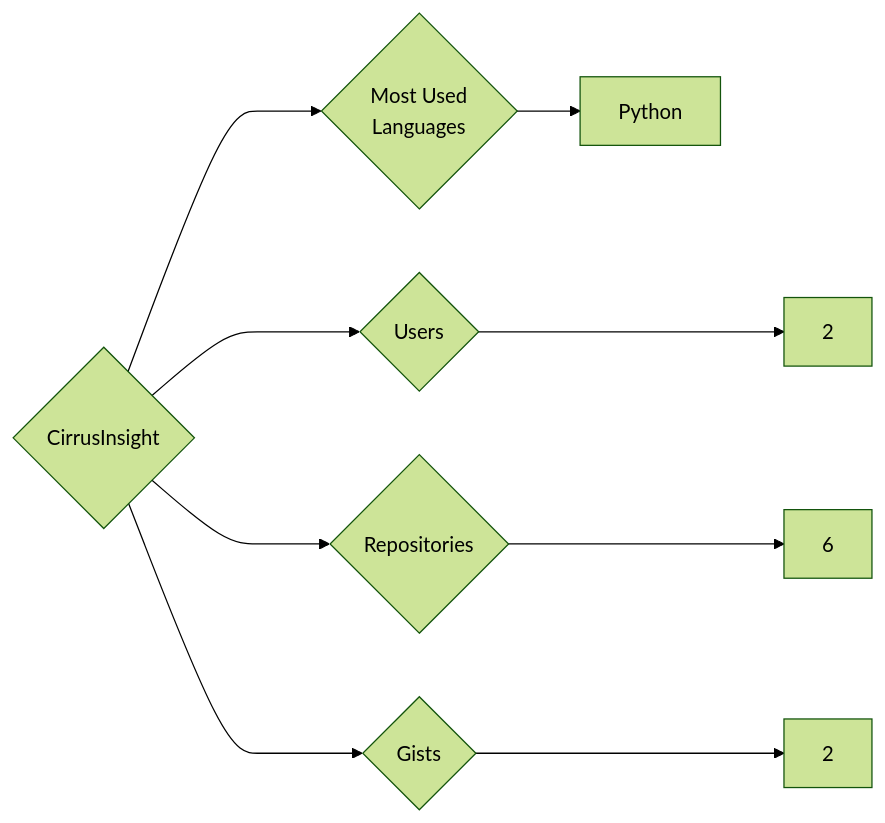
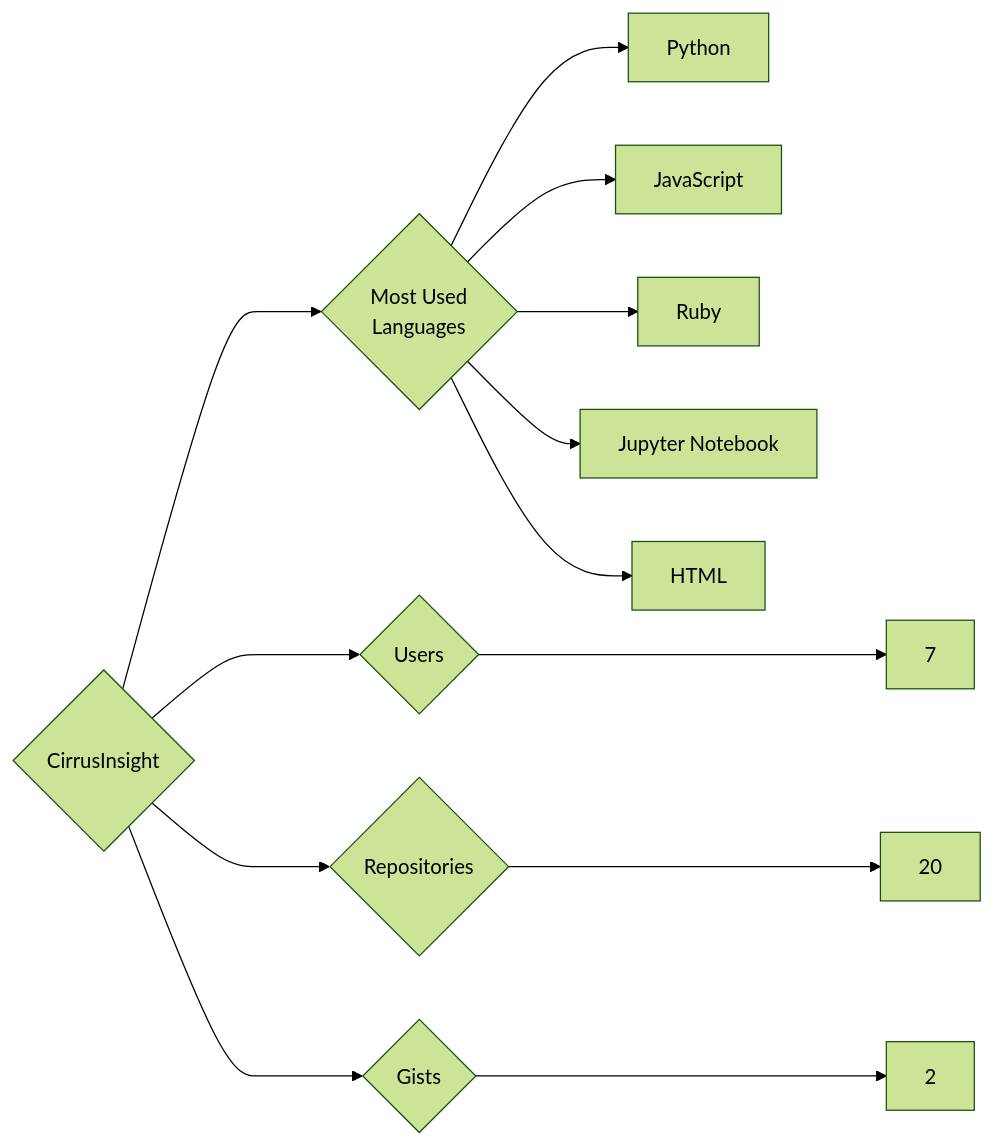
Before and after one commit to trickest/insiders: the diagram in targets/CirrusInsight/README.md, drawn with Mermaid (forest theme). The commit also changed 1092 other files, not shown here.

````diff
--- a/targets/CirrusInsight/README.md
+++ b/targets/CirrusInsight/README.md
@@ -3,9 +3,13 @@
 ```mermaid
 graph LR
 COMPANY_NAME{CirrusInsight}
-COMPANY_NAME ---> U{Users} ---> UN[2]
-COMPANY_NAME ---> R{Repositories} ---> RN[6]
+COMPANY_NAME ---> U{Users} ---> UN[7]
+COMPANY_NAME ---> R{Repositories} ---> RN[20]
 COMPANY_NAME ---> G{Gists} ---> GN[2]
 COMPANY_NAME ---> ML{Most Used<br>Languages}
 ML --> Python[Python]
+ML --> JavaScript[JavaScript]
+ML --> Ruby[Ruby]
+ML --> Jupyter_Notebook[Jupyter Notebook]
+ML --> HTML[HTML]
 ```
````
